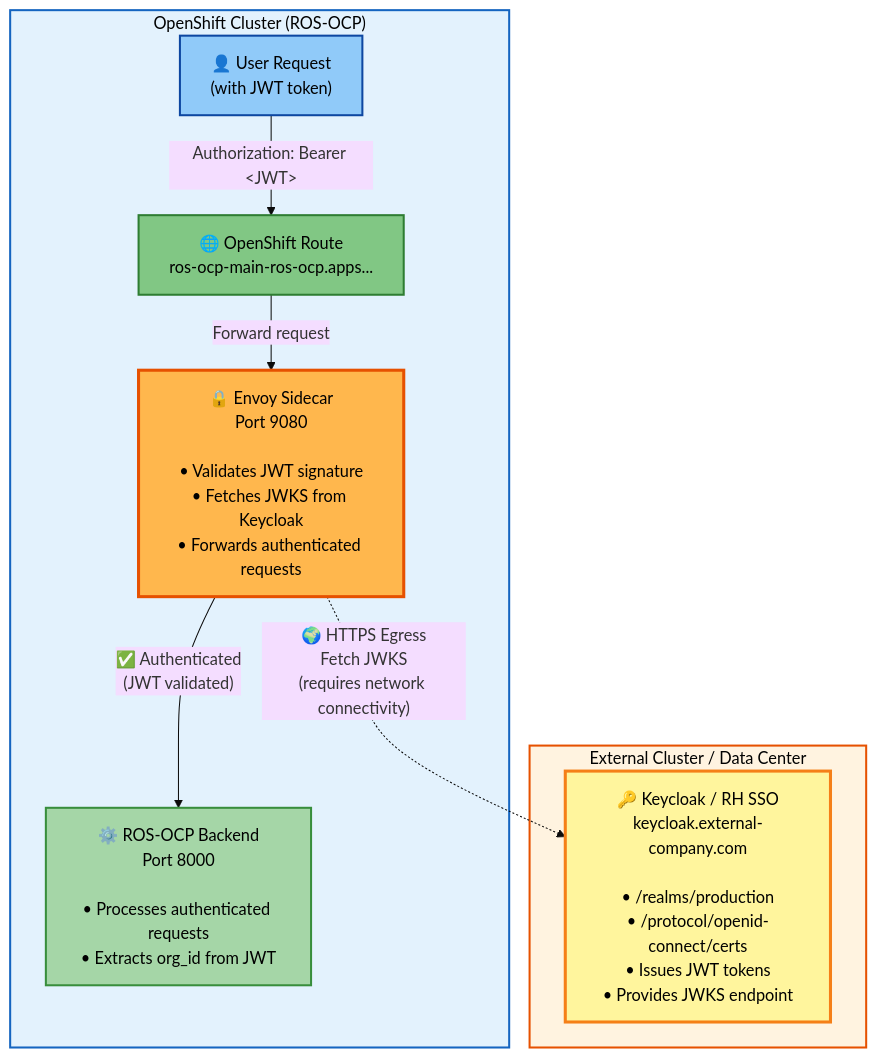
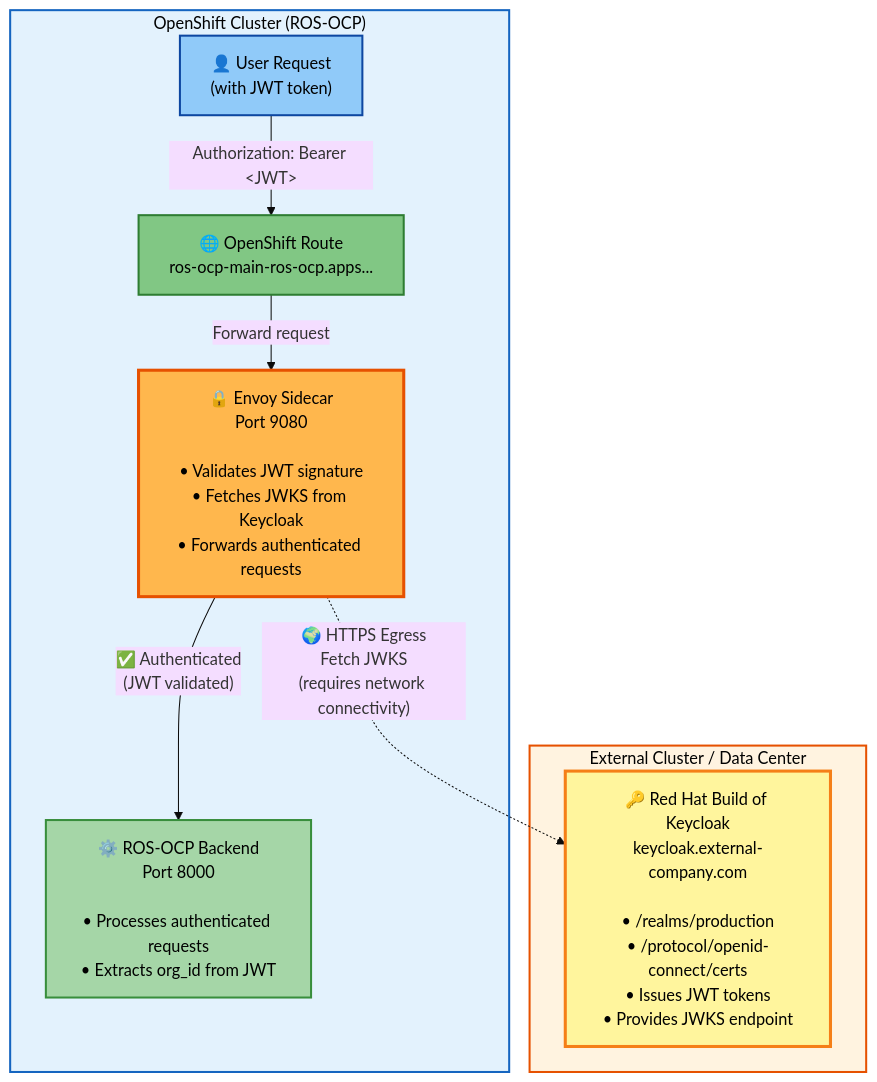
The diagram in docs/external-keycloak-scenario.md (jordigilh/ros-helm-chart), drawn with Mermaid (base theme) before and after one commit. The commit also changed 14 other files, not shown here.

First line of the commit message:
feat: Migrate from RHSSO to RHBK (Red Hat Build of Keycloak)

````diff
--- a/docs/external-keycloak-scenario.md
+++ b/docs/external-keycloak-scenario.md
@@ -41,27 +41,27 @@
 ```mermaid
 graph TB
     subgraph ocp["OpenShift Cluster (ROS-OCP)"]
         User["👤 User Request<br/>(with JWT token)"]
         Route["🌐 OpenShift Route<br/>ros-ocp-main-ros-ocp.apps..."]
         Envoy["🔒 Envoy Sidecar<br/>Port 9080<br/><br/>• Validates JWT signature<br/>• Fetches JWKS from Keycloak<br/>• Forwards authenticated requests"]
         Backend["⚙️ ROS-OCP Backend<br/>Port 8000<br/><br/>• Processes authenticated requests<br/>• Extracts org_id from JWT"]
 
         User -->|"Authorization: Bearer &lt;JWT&gt;"| Route
         Route -->|Forward request| Envoy
         Envoy -->|"✅ Authenticated<br/>(JWT validated)"| Backend
     end
 
     subgraph external["External Cluster / Data Center"]
-        Keycloak["🔑 Keycloak / RH SSO<br/>keycloak.external-company.com<br/><br/>• /realms/production<br/>• /protocol/openid-connect/certs<br/>• Issues JWT tokens<br/>• Provides JWKS endpoint"]
+        Keycloak["🔑 Red Hat Build of Keycloak<br/>keycloak.external-company.com<br/><br/>• /realms/production<br/>• /protocol/openid-connect/certs<br/>• Issues JWT tokens<br/>• Provides JWKS endpoint"]
     end
 
     Envoy -.->|"🌍 HTTPS Egress<br/>Fetch JWKS<br/>(requires network connectivity)"| Keycloak
 
     style ocp fill:#e3f2fd,stroke:#1565c0,stroke-width:2px,color:#000
     style external fill:#fff3e0,stroke:#e65100,stroke-width:2px,color:#000
     style User fill:#90caf9,stroke:#0d47a1,stroke-width:2px,color:#000
     style Route fill:#81c784,stroke:#2e7d32,stroke-width:2px,color:#000
     style Envoy fill:#ffb74d,stroke:#e65100,stroke-width:3px,color:#000
     style Backend fill:#a5d6a7,stroke:#388e3c,stroke-width:2px,color:#000
     style Keycloak fill:#fff59d,stroke:#f57f17,stroke-width:3px,color:#000
 ```
````
